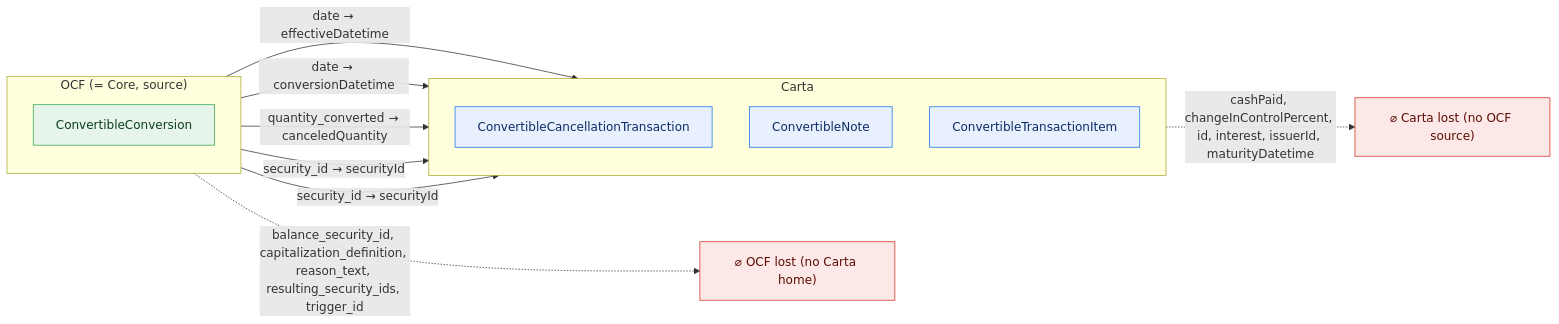
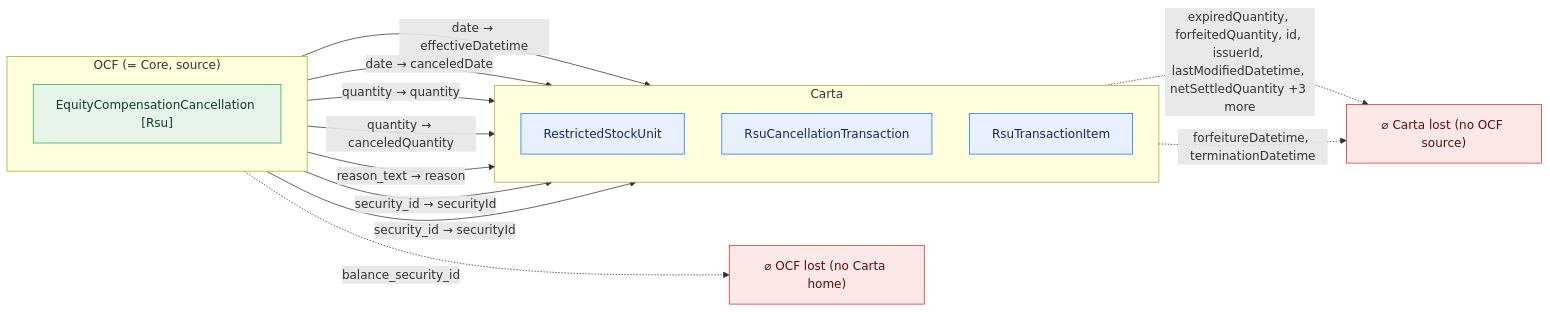
Before and after one commit to Open-Cap-Table-Coalition/OCF-Composed-Schemas: diagram 18 of 50 in docs/core-bidirectional-flow.md, drawn with Mermaid. The commit also changed other lines of this file and 33 other files, not shown here.

````diff
--- a/docs/core-bidirectional-flow.md
+++ b/docs/core-bidirectional-flow.md
@@ -635,26 +790,29 @@
 ```mermaid
 flowchart LR
   classDef adm fill:#e6f4ea,stroke:#34a853,color:#0b3d20;
   classDef notadm fill:#f1f3f4,stroke:#9aa0a6,color:#5f6368,stroke-dasharray:4 3;
   classDef carta fill:#e8f0fe,stroke:#1a73e8,color:#0d2b66;
   classDef lost fill:#fce8e6,stroke:#d93025,color:#5c0d06;
   subgraph SRC["OCF (= Core, source)"]
     direction TB
-    o0["ConvertibleConversion"]:::adm
+    o0["EquityCompensationCancellation [Rsu]"]:::adm
   end
   subgraph TGT["Carta"]
     direction TB
-    t0["ConvertibleCancellationTransaction"]:::carta
-    t1["ConvertibleNote"]:::carta
-    t2["ConvertibleTransactionItem"]:::carta
+    t0["RestrictedStockUnit"]:::carta
+    t1["RsuCancellationTransaction"]:::carta
+    t2["RsuTransactionItem"]:::carta
   end
   ocflost["⌀ OCF lost (no Carta home)"]:::lost
   cartalost["⌀ Carta lost (no OCF source)"]:::lost
-  o0 -->|"date → effectiveDatetime"| t0
-  o0 -->|"date → conversionDatetime"| t1
-  o0 -->|"quantity_converted → canceledQuantity"| t1
+  o0 -->|"date → effectiveDatetime"| t1
+  o0 -->|"date → canceledDate"| t0
+  o0 -->|"quantity → quantity"| t1
+  o0 -->|"quantity → canceledQuantity"| t0
+  o0 -->|"reason_text → reason"| t1
   o0 -->|"security_id → securityId"| t2
-  o0 -->|"security_id → securityId"| t1
-  o0 -.->|"balance_security_id, capitalization_definition, reason_text, resulting_security_ids, trigger_id"| ocflost
-  t1 -.->|"cashPaid, changeInControlPercent, id, interest, issuerId, maturityDatetime"| cartalost
+  o0 -->|"security_id → securityId"| t0
+  o0 -.->|"balance_security_id"| ocflost
+  t0 -.->|"expiredQuantity, forfeitedQuantity, id, issuerId, lastModifiedDatetime, netSettledQuantity +3 more"| cartalost
+  t1 -.->|"forfeitureDatetime, terminationDatetime"| cartalost
 ```
````
